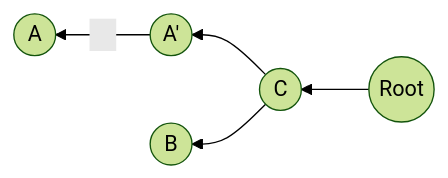
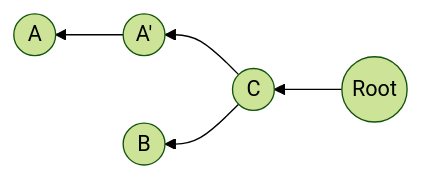
One commit to CHOYUNSIG/algorithm_with_boj changed the second of 6 diagrams in _posts/2024-01-20-lca.md. Above: the diagram before and after it, drawn with Mermaid (forest theme). The commit also changed other lines of this file and 3 other files, not shown here.

```diff
--- a/_posts/2024-01-20-lca.md
+++ b/_posts/2024-01-20-lca.md
@@ -69,14 +69,14 @@
 <pre class="mermaid">
     graph RL
 
     root --> C
     C --> Ap
-    Ap -- <span class="mathjax mj1" style="display: inline-block; width: 20px"></span> --> A
+    Ap -- <span class="mathjax mj1"></span> --> A
     C --> B
 
     root((Root))
     A(("<span style="display: inline-block; width: 1em">A</span>"))
     Ap(("<span style="display: inline-block; width: 1em">A'</span>"))
     B(("<span style="display: inline-block; width: 1em">B</span>"))
     C(("<span style="display: inline-block; width: 1em">C</span>"))
 </pre>
```
